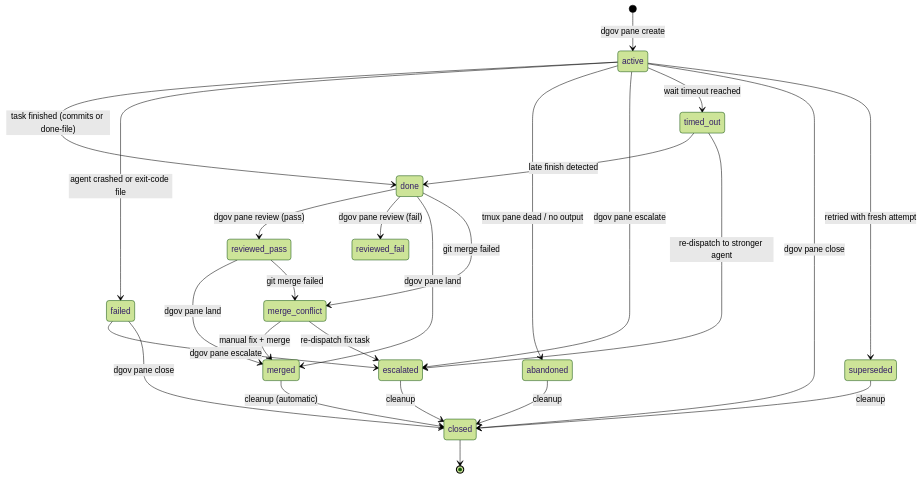
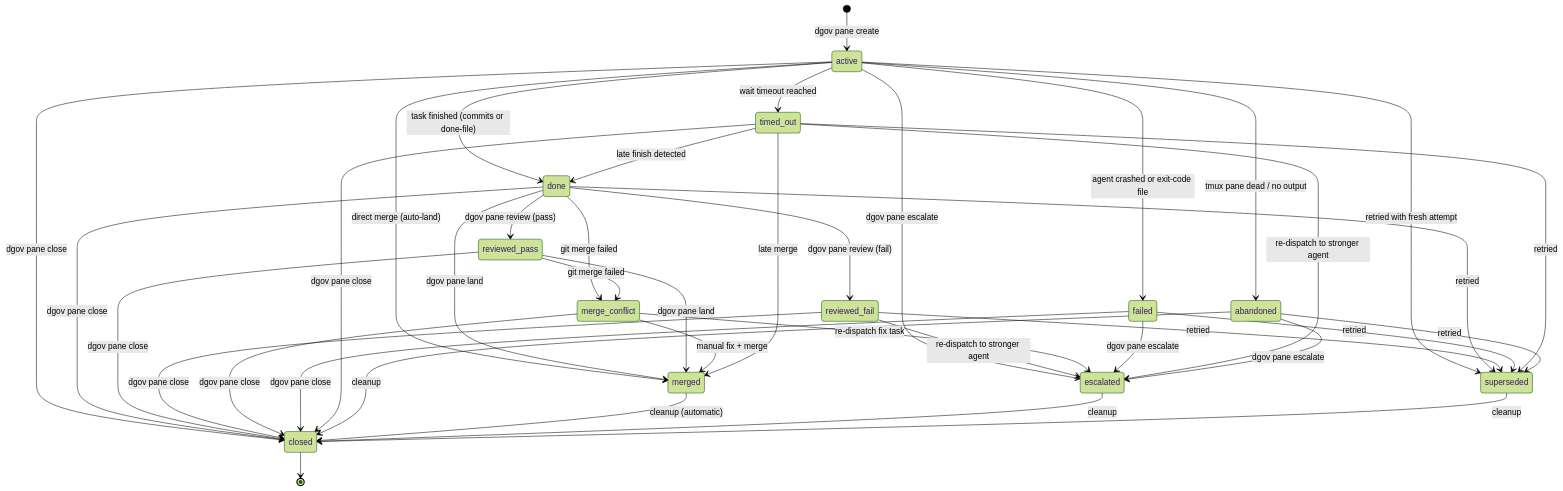
The diagram in README.md (jameshgrn/dgov), drawn with Mermaid (forest theme) before and after one commit. The commit also changed 6 other files, not shown here.

First line of the commit message:
Fix all 9 mypy errors and update README state diagram

````diff
--- a/README.md
+++ b/README.md
@@ -14,35 +14,51 @@
 ```mermaid
 stateDiagram-v2
     [*] --> active: dgov pane create
     active --> done: task finished (commits or done-file)
     active --> failed: agent crashed or exit-code file
     active --> abandoned: tmux pane dead / no output
     active --> escalated: dgov pane escalate
     active --> timed_out: wait timeout reached
     active --> closed: dgov pane close
     active --> superseded: retried with fresh attempt
+    active --> merged: direct merge (auto-land)
 
     done --> reviewed_pass: dgov pane review (pass)
     done --> reviewed_fail: dgov pane review (fail)
     done --> merged: dgov pane land
     done --> merge_conflict: git merge failed
+    done --> closed: dgov pane close
+    done --> superseded: retried
 
     reviewed_pass --> merged: dgov pane land
     reviewed_pass --> merge_conflict: git merge failed
+    reviewed_pass --> closed: dgov pane close
+
+    reviewed_fail --> closed: dgov pane close
+    reviewed_fail --> superseded: retried
+    reviewed_fail --> escalated: re-dispatch to stronger agent
 
     merge_conflict --> merged: manual fix + merge
     merge_conflict --> escalated: re-dispatch fix task
+    merge_conflict --> closed: dgov pane close
 
     failed --> escalated: dgov pane escalate
+    failed --> superseded: retried
     failed --> closed: dgov pane close
 
     timed_out --> done: late finish detected
+    timed_out --> merged: late merge
     timed_out --> escalated: re-dispatch to stronger agent
+    timed_out --> superseded: retried
+    timed_out --> closed: dgov pane close
+
+    abandoned --> escalated: dgov pane escalate
+    abandoned --> superseded: retried
+    abandoned --> closed: cleanup
 
     merged --> closed: cleanup (automatic)
     escalated --> closed: cleanup
     superseded --> closed: cleanup
-    abandoned --> closed: cleanup
 
     closed --> [*]
 ```
````
